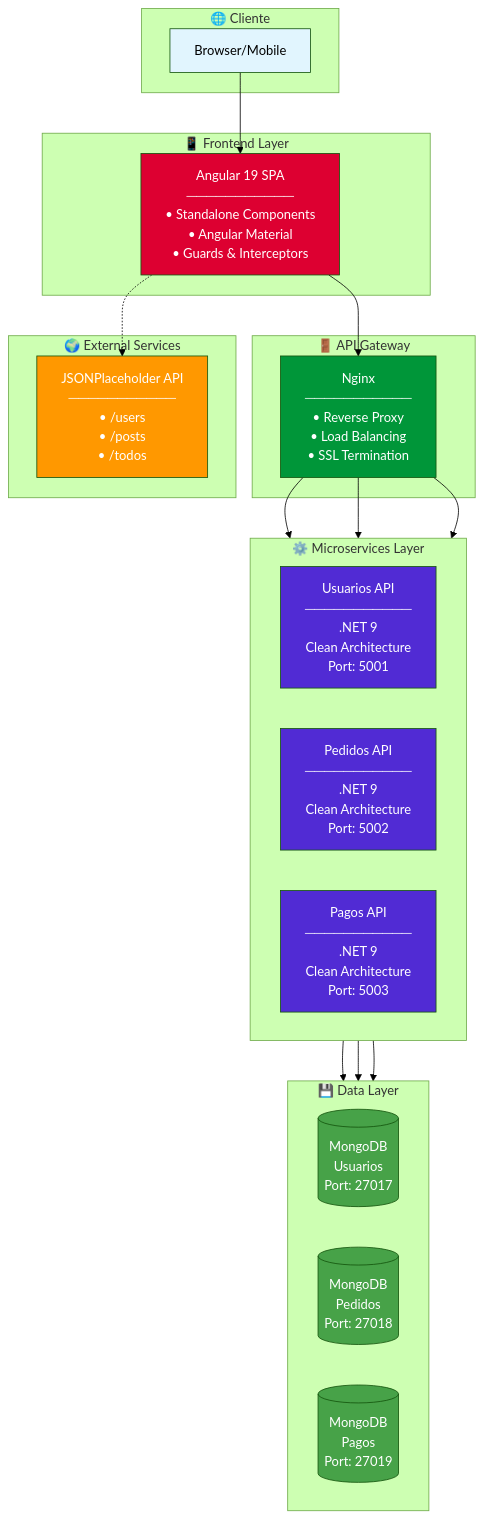
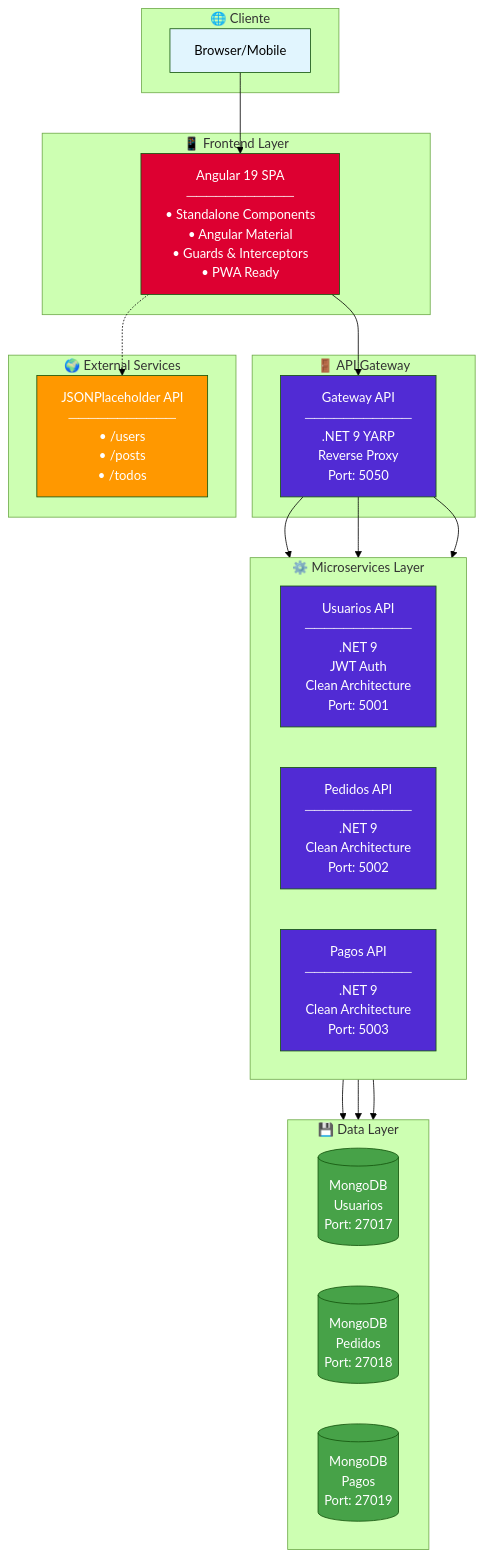
Before and after one commit to Chocopro713/MVP_Empresa_ABC: the diagram in arquitectura/diagrams/architecture.mermaid, drawn with Mermaid (forest theme). The commit also changed 50 other files, not shown here.

```diff
--- a/arquitectura/diagrams/architecture.mermaid
+++ b/arquitectura/diagrams/architecture.mermaid
@@ -1,51 +1,51 @@
 graph TB
     subgraph Client["🌐 Cliente"]
         Browser["Browser/Mobile"]
     end
     
     subgraph Frontend["📱 Frontend Layer"]
-        Angular["Angular 19 SPA<br/>───────────<br/>• Standalone Components<br/>• Angular Material<br/>• Guards & Interceptors"]
+        Angular["Angular 19 SPA<br/>───────────<br/>• Standalone Components<br/>• Angular Material<br/>• Guards & Interceptors<br/>• PWA Ready"]
     end
     
     subgraph Gateway["🚪 API Gateway"]
-        Nginx["Nginx<br/>───────────<br/>• Reverse Proxy<br/>• Load Balancing<br/>• SSL Termination"]
+        GatewayAPI["Gateway API<br/>───────────<br/>.NET 9 YARP<br/>Reverse Proxy<br/>Port: 5050"]
     end
     
     subgraph Microservices["⚙️ Microservices Layer"]
         direction LR
-        Usuarios["Usuarios API<br/>───────────<br/>.NET 9<br/>Clean Architecture<br/>Port: 5001"]
+        Usuarios["Usuarios API<br/>───────────<br/>.NET 9<br/>JWT Auth<br/>Clean Architecture<br/>Port: 5001"]
         Pedidos["Pedidos API<br/>───────────<br/>.NET 9<br/>Clean Architecture<br/>Port: 5002"]
         Pagos["Pagos API<br/>───────────<br/>.NET 9<br/>Clean Architecture<br/>Port: 5003"]
     end
     
     subgraph DataLayer["💾 Data Layer"]
         direction LR
         MongoUsers[("MongoDB<br/>Usuarios<br/>Port: 27017")]
         MongoPedidos[("MongoDB<br/>Pedidos<br/>Port: 27018")]
         MongoPagos[("MongoDB<br/>Pagos<br/>Port: 27019")]
     end
     
     subgraph External["🌍 External Services"]
         JSONPlaceholder["JSONPlaceholder API<br/>───────────<br/>• /users<br/>• /posts<br/>• /todos"]
     end
     
     Browser --> Angular
-    Angular --> Nginx
+    Angular --> GatewayAPI
     Angular -.-> JSONPlaceholder
-    Nginx --> Usuarios
-    Nginx --> Pedidos
-    Nginx --> Pagos
+    GatewayAPI --> Usuarios
+    GatewayAPI --> Pedidos
+    GatewayAPI --> Pagos
     Usuarios --> MongoUsers
     Pedidos --> MongoPedidos
     Pagos --> MongoPagos
     
     style Browser fill:#e1f5fe
     style Angular fill:#DD0031,color:#fff
-    style Nginx fill:#009639,color:#fff
+    style GatewayAPI fill:#512BD4,color:#fff
     style Usuarios fill:#512BD4,color:#fff
     style Pedidos fill:#512BD4,color:#fff
     style Pagos fill:#512BD4,color:#fff
     style MongoUsers fill:#47A248,color:#fff
     style MongoPedidos fill:#47A248,color:#fff
     style MongoPagos fill:#47A248,color:#fff
     style JSONPlaceholder fill:#ff9800,color:#fff
```
